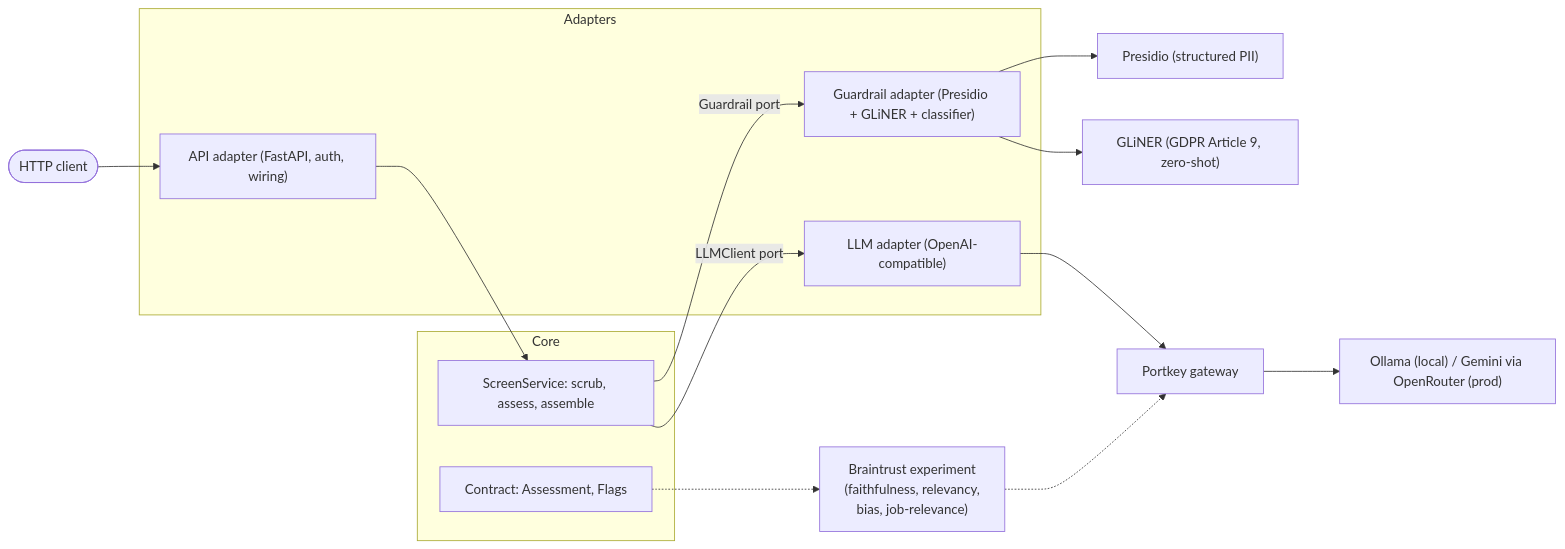
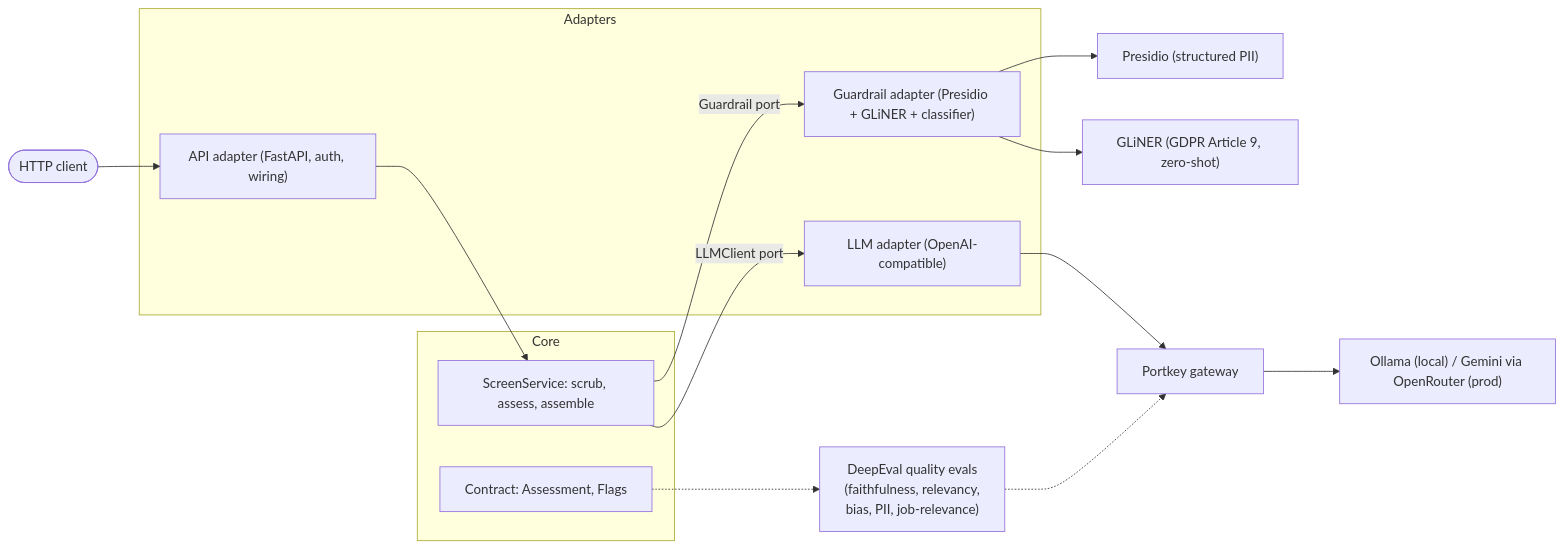
One commit to inesaranab/screening changed the diagram in README.md. Above: the diagram before and after it, drawn with Mermaid. The commit also changed other lines of this file and 7 other files, not shown here.

````diff
--- a/README.md
+++ b/README.md
@@ -274,26 +272,26 @@
 ```mermaid
 flowchart LR
     client([HTTP client]) --> api
 
     subgraph Adapters
         api["API adapter (FastAPI, auth, wiring)"]
         guard["Guardrail adapter (Presidio + GLiNER + classifier)"]
         llm["LLM adapter (OpenAI-compatible)"]
     end
 
     subgraph Core
         service["ScreenService: scrub, assess, assemble"]
         contract["Contract: Assessment, Flags"]
     end
 
     api --> service
     service -->|Guardrail port| guard
     service -->|LLMClient port| llm
     guard --> presidio["Presidio (structured PII)"]
     guard --> gliner["GLiNER (GDPR Article 9, zero-shot)"]
     llm --> gateway["Portkey gateway"]
     gateway --> model["Ollama (local) / Gemini via OpenRouter (prod)"]
 
-    de["Braintrust experiment<br/>(faithfulness, relevancy,<br/>bias, job-relevance)"] -.-> gateway
+    de["DeepEval quality evals<br/>(faithfulness, relevancy,<br/>bias, PII, job-relevance)"] -.-> gateway
     contract -.-> de
 ```
````
